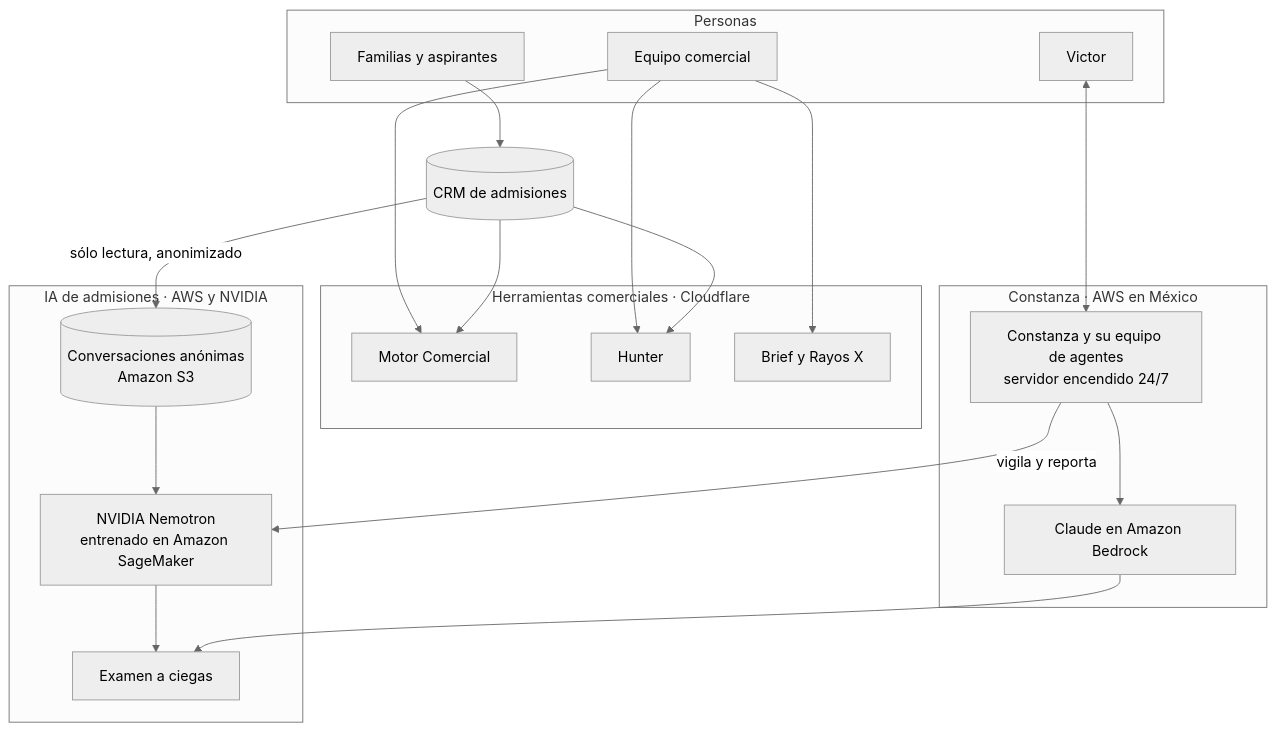
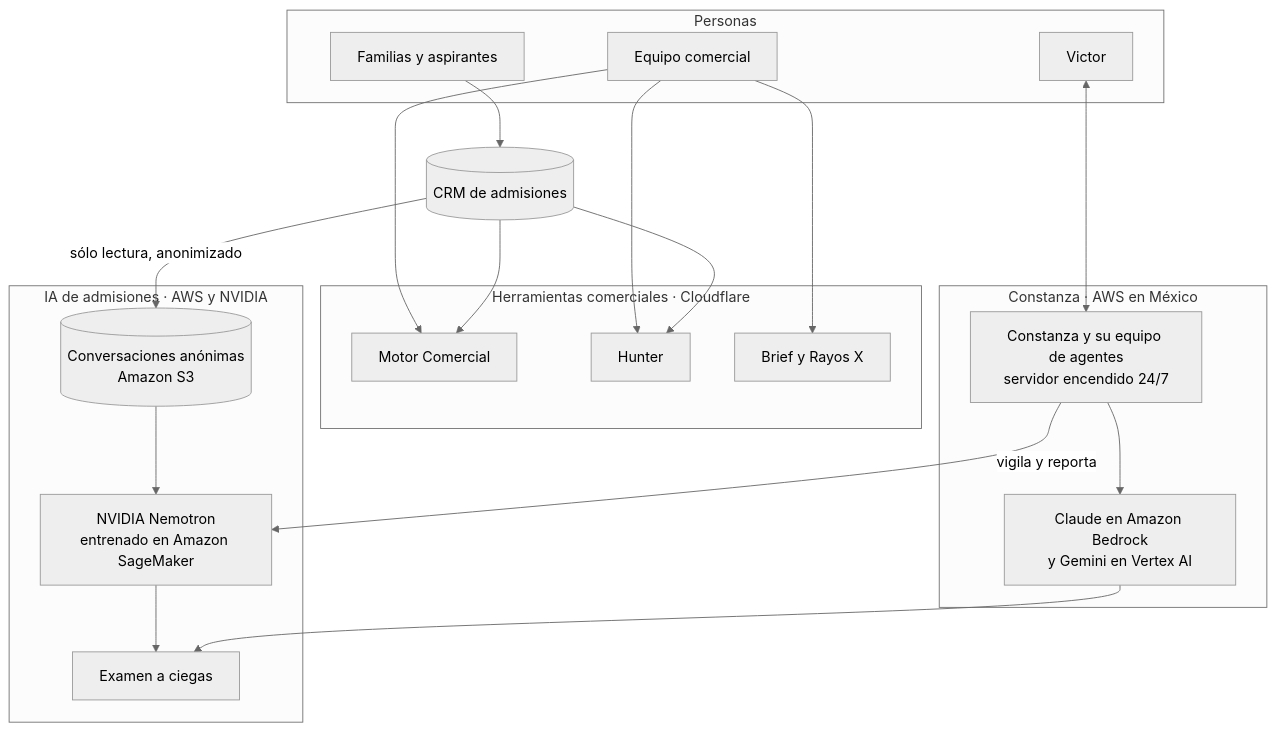
One commit to victorgalloo/victorgalloo changed the second of 2 diagrams in README.md. Above: the diagram before and after it, drawn with Mermaid (neutral theme). The commit also changed other lines of this file and 5 other files, not shown here.

````diff
--- a/README.md
+++ b/README.md
@@ -86,36 +86,36 @@
 ```mermaid
 flowchart TB
   subgraph Personas
     F[Familias y aspirantes]
     E[Equipo comercial]
     V[Victor]
   end
   subgraph Productos[Herramientas comerciales · Cloudflare]
     M[Motor Comercial]
     H[Hunter]
     B[Brief y Rayos X]
   end
   subgraph Operacion[Constanza · AWS en México]
     C[Constanza y su equipo de agentes<br/>servidor encendido 24/7]
-    BR[Claude en Amazon Bedrock]
+    BR[Claude en Amazon Bedrock<br/>y Gemini en Vertex AI]
   end
   subgraph Laboratorio[IA de admisiones · AWS y NVIDIA]
     D[(Conversaciones anónimas<br/>Amazon S3)]
     N[NVIDIA Nemotron<br/>entrenado en Amazon SageMaker]
     X[Examen a ciegas]
   end
   CRM[(CRM de admisiones)]
   F --> CRM
   E --> M
   E --> H
   E --> B
   CRM --> M
   CRM --> H
   V <--> C
   C --> BR
   C -->|vigila y reporta| N
   CRM -->|sólo lectura, anonimizado| D
   D --> N
   N --> X
   BR --> X
 ```
````
